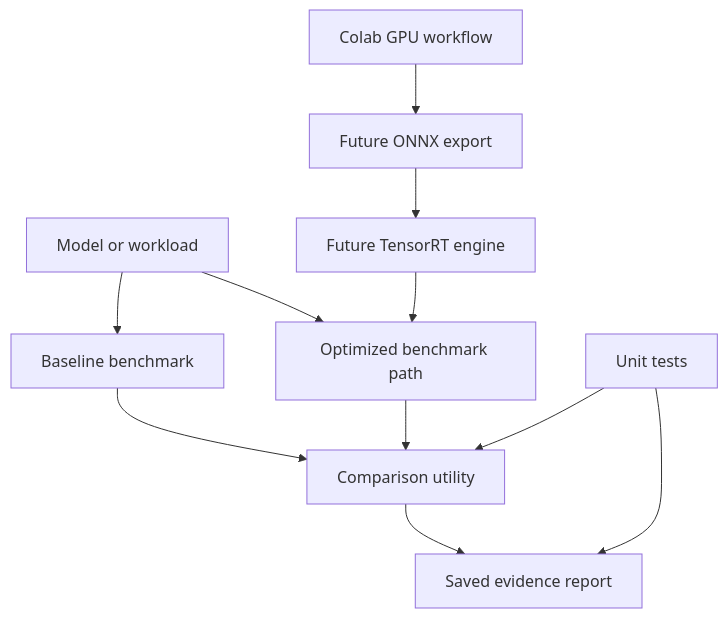
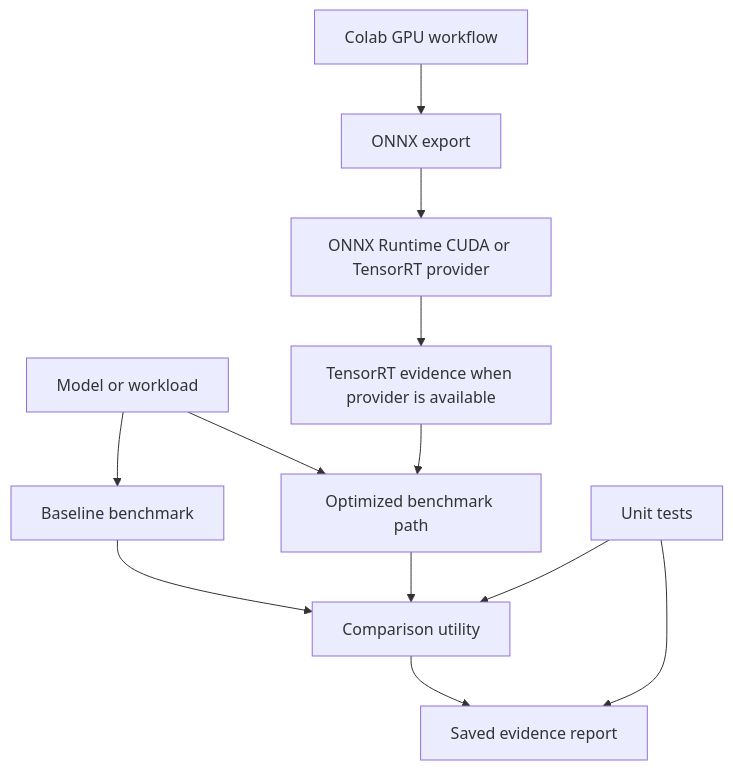
The second of 2 diagrams in README.md (nguyenthevietquang07/tensorrt-model-optimization), drawn with Mermaid before and after one commit. The commit also changed other lines of this file and 5 other files, not shown here.

Commit message:
Add Colab GPU artifact workflow

````diff
--- a/README.md
+++ b/README.md
@@ -56,13 +56,14 @@
 ```mermaid
 flowchart TB
     Model["Model or workload"] --> Baseline["Baseline benchmark"]
     Model --> Candidate["Optimized benchmark path"]
     Baseline --> Compare["Comparison utility"]
     Candidate --> Compare
     Compare --> Evidence["Saved evidence report"]
-    Colab["Colab GPU workflow"] --> Export["Future ONNX export"]
-    Export --> TensorRT["Future TensorRT engine"]
+    Colab["Colab GPU workflow"] --> Export["ONNX export"]
+    Export --> Providers["ONNX Runtime CUDA or TensorRT provider"]
+    Providers --> TensorRT["TensorRT evidence when provider is available"]
     TensorRT --> Candidate
     Tests["Unit tests"] --> Compare
     Tests --> Evidence
 ```
````
